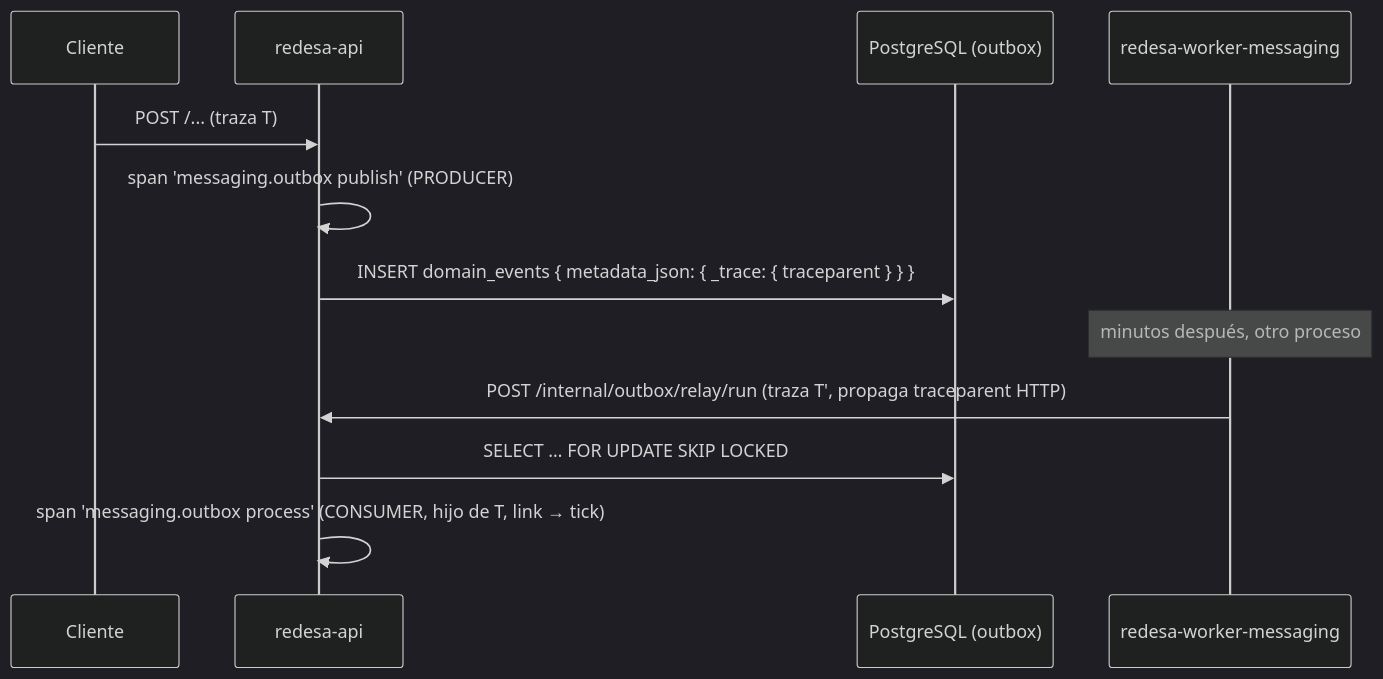
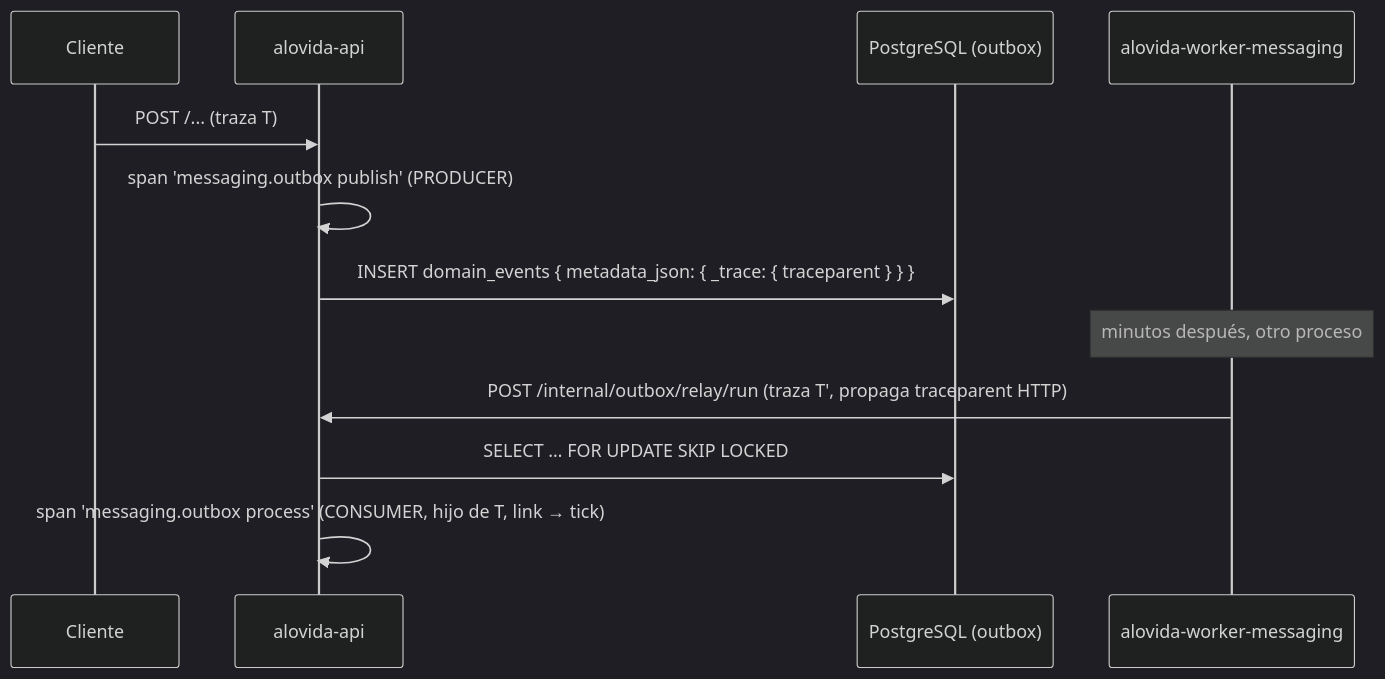
The third of 3 diagrams in docs/observability/01-architecture-design.md (mdavila-2001/mantra-core-health-api), drawn with Mermaid (dark theme) before and after one commit. The commit also changed other lines of this file and 143 other files, not shown here.

First line of the commit message:
refactor(marca): fuera REDESA y VITARA — el nombre es ALOVIDA

````diff
--- a/docs/observability/01-architecture-design.md
+++ b/docs/observability/01-architecture-design.md
@@ -166,14 +166,14 @@
 ```mermaid
 sequenceDiagram
   participant C as Cliente
-  participant A as redesa-api
+  participant A as alovida-api
   participant DB as PostgreSQL (outbox)
-  participant W as redesa-worker-messaging
+  participant W as alovida-worker-messaging
   C->>A: POST /... (traza T)
   A->>A: span 'messaging.outbox publish' (PRODUCER)
   A->>DB: INSERT domain_events { metadata_json: { _trace: { traceparent } } }
   Note over W: minutos después, otro proceso
   W->>A: POST /internal/outbox/relay/run (traza T', propaga traceparent HTTP)
   A->>DB: SELECT … FOR UPDATE SKIP LOCKED
   A->>A: span 'messaging.outbox process' (CONSUMER, hijo de T, link → tick)
 ```
````
